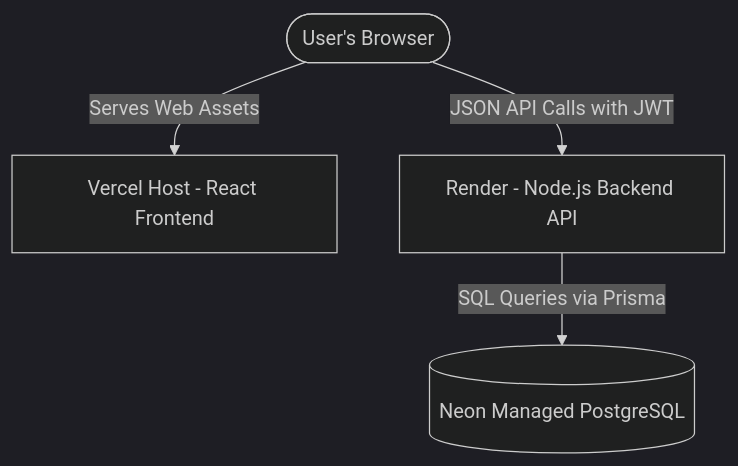
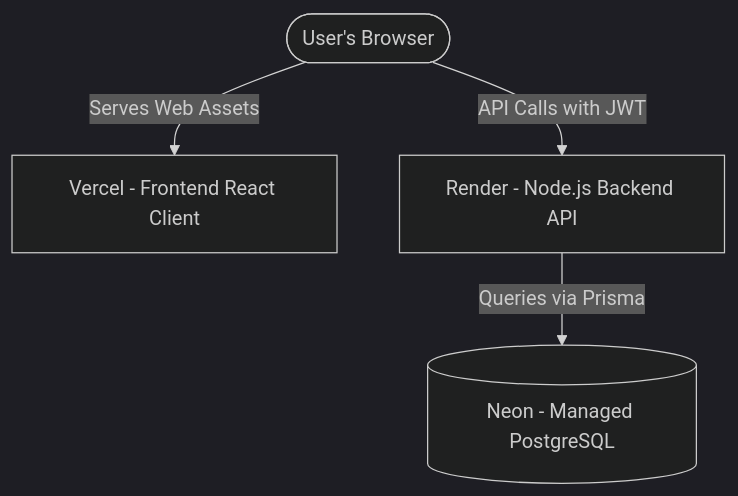
The diagram in DEPLOYMENT.md (Harshkumar1007/Share_Bill), drawn with Mermaid (dark theme) before and after one commit. The commit also changed other lines of this file and 9 other files, not shown here.

````diff
--- a/DEPLOYMENT.md
+++ b/DEPLOYMENT.md
@@ -9,11 +9,11 @@
 ```mermaid
 graph TD
     User([User's Browser])
-    Vercel[Vercel Host - React Frontend]
+    Vercel[Vercel - Frontend React Client]
     Render[Render - Node.js Backend API]
-    PostgreSQL[(Neon Managed PostgreSQL)]
+    Neon[(Neon - Managed PostgreSQL)]
 
     User -->|Serves Web Assets| Vercel
-    User -->|JSON API Calls with JWT| Render
-    Render -->|SQL Queries via Prisma| PostgreSQL
+    User -->|API Calls with JWT| Render
+    Render -->|Queries via Prisma| Neon
 ```
````
